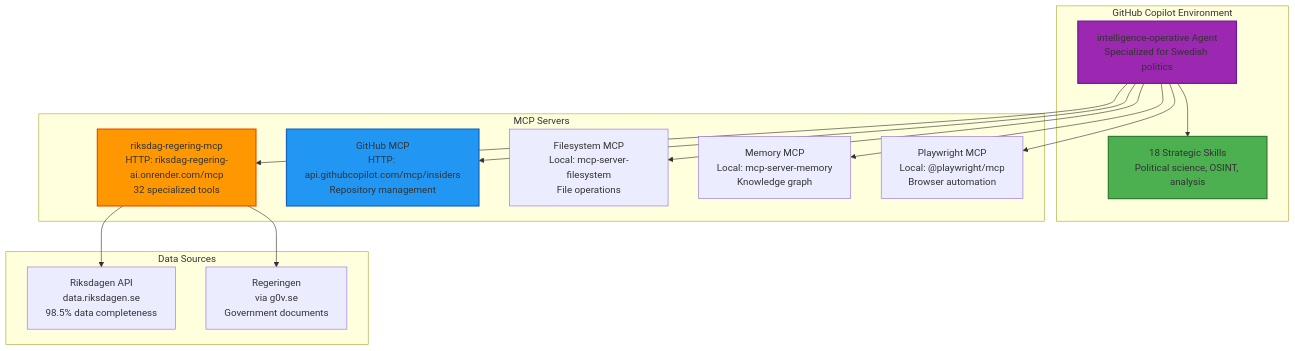
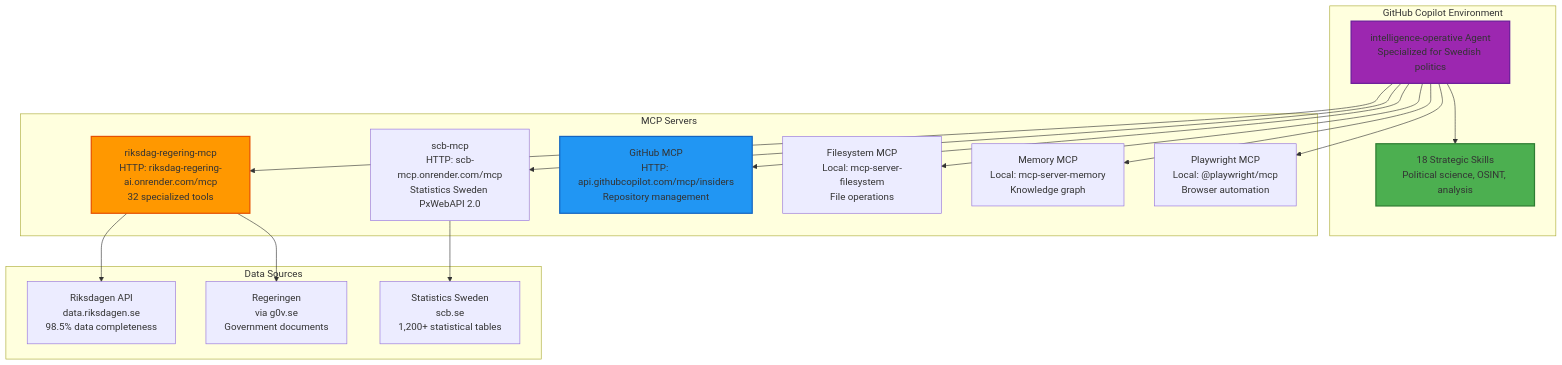
Before and after one commit to Hack23/riksdagsmonitor: diagram 16 of 16 in ARCHITECTURE.md, drawn with Mermaid. The commit also changed other lines of this file and 1 other file, not shown here.

Commit message:
Add SCB MCP integration tests, update ARCHITECTURE.md with SCB documentation

````diff
--- a/ARCHITECTURE.md
+++ b/ARCHITECTURE.md
@@ -1541,35 +1547,39 @@
 ```mermaid
 graph TB
     subgraph "GitHub Copilot Environment"
         Agent[intelligence-operative Agent<br/>Specialized for Swedish politics]
         Skills[18 Strategic Skills<br/>Political science, OSINT, analysis]
     end
     
     subgraph "MCP Servers"
         RR[riksdag-regering-mcp<br/>HTTP: riksdag-regering-ai.onrender.com/mcp<br/>32 specialized tools]
+        SCB[scb-mcp<br/>HTTP: scb-mcp.onrender.com/mcp<br/>Statistics Sweden PxWebAPI 2.0]
         GH[GitHub MCP<br/>HTTP: api.githubcopilot.com/mcp/insiders<br/>Repository management]
         FS[Filesystem MCP<br/>Local: mcp-server-filesystem<br/>File operations]
         Mem[Memory MCP<br/>Local: mcp-server-memory<br/>Knowledge graph]
         PW[Playwright MCP<br/>Local: @playwright/mcp<br/>Browser automation]
     end
     
     subgraph "Data Sources"
         Riksdag[Riksdagen API<br/>data.riksdagen.se<br/>98.5% data completeness]
         Regering[Regeringen<br/>via g0v.se<br/>Government documents]
+        SCBData[Statistics Sweden<br/>scb.se<br/>1,200+ statistical tables]
     end
     
     Agent --> Skills
     Agent --> RR
+    Agent --> SCB
     Agent --> GH
     Agent --> FS
     Agent --> Mem
     Agent --> PW
     
     RR --> Riksdag
     RR --> Regering
+    SCB --> SCBData
     
     style Agent fill:#9c27b0,stroke:#6a1b9a,stroke-width:2px
     style Skills fill:#4caf50,stroke:#2e7d32,stroke-width:2px
     style RR fill:#ff9800,stroke:#e65100,stroke-width:2px
     style GH fill:#2196f3,stroke:#1565c0,stroke-width:2px
 ```
````
